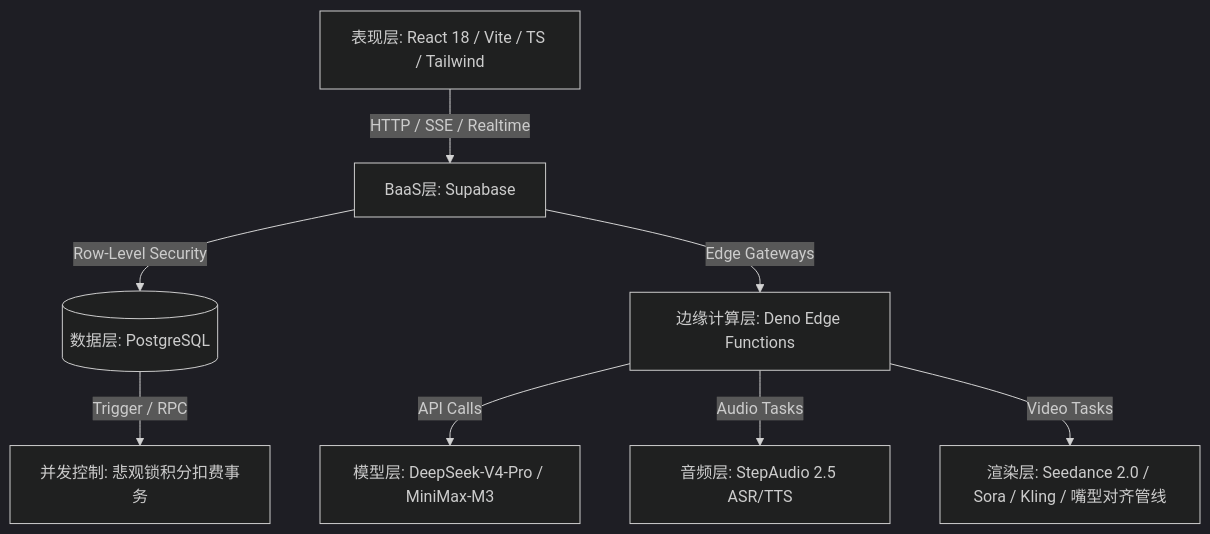
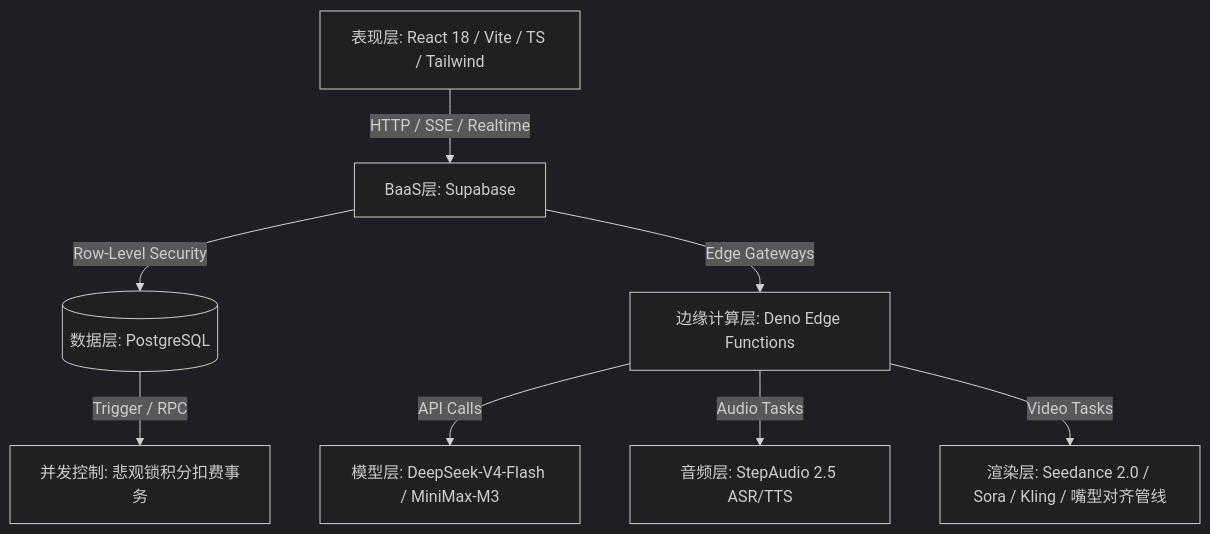
One commit to Hibiscus00/Shopro-AI changed the first of 2 diagrams in docs/GMI.md. Above: the diagram before and after it, drawn with Mermaid (dark theme). The commit also changed other lines of this file and 8 other files, not shown here.

Commit message:
feat: implement DeepSeek-V4-Pro proxy Edge Function, add SSE stream handling utilities, and integrate direct API fallback support.

````diff
--- a/docs/GMI.md
+++ b/docs/GMI.md
@@ -84,10 +84,10 @@
 ```mermaid
 graph TD
     UI[表现层: React 18 / Vite / TS / Tailwind] -->|HTTP / SSE / Realtime| BaaS[BaaS层: Supabase]
     BaaS -->|Row-Level Security| DB[(数据层: PostgreSQL)]
     DB -->|Trigger / RPC| Security[并发控制: 悲观锁积分扣费事务]
     BaaS -->|Edge Gateways| Edge[边缘计算层: Deno Edge Functions]
-    Edge -->|API Calls| LLM[模型层: DeepSeek-V4-Pro / MiniMax-M3]
+    Edge -->|API Calls| LLM[模型层: DeepSeek-V4-Flash / MiniMax-M3]
     Edge -->|Audio Tasks| AudioAI[音频层: StepAudio 2.5 ASR/TTS]
     Edge -->|Video Tasks| VideoAI[渲染层: Seedance 2.0 / Sora / Kling / 嘴型对齐管线]
 ```
````
